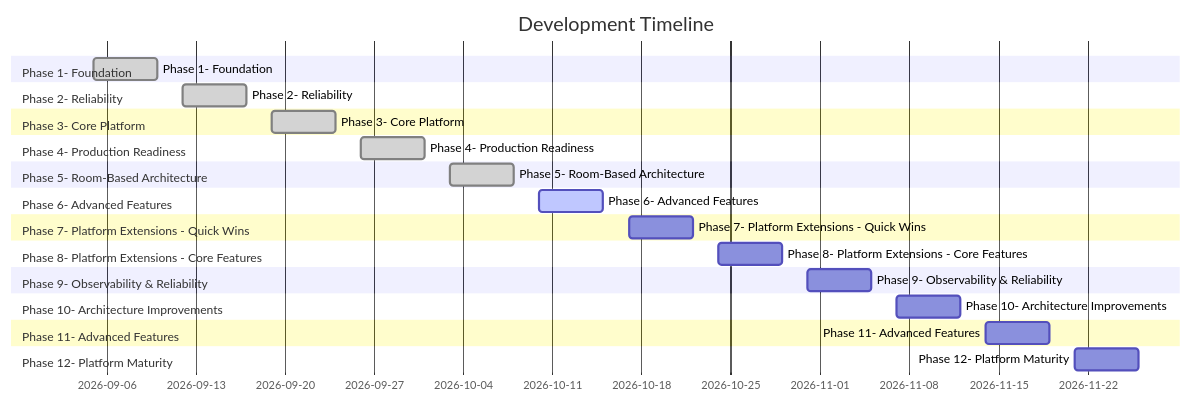
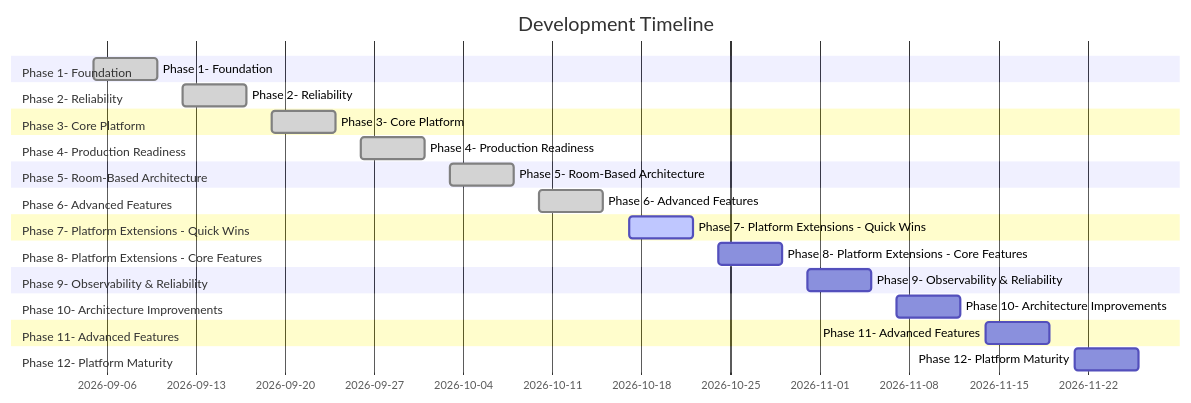
The diagram in ROADMAP.md (Alkamenos/smart-home-platform), drawn with Mermaid before and after one commit. The commit also changed other lines of this file and 3 other files, not shown here.

Commit message:
fix: update ai check, fix roadmap

````diff
--- a/ROADMAP.md
+++ b/ROADMAP.md
@@ -5,42 +5,42 @@
 ```mermaid
 gantt
     title Development Timeline
     dateFormat YYYY-MM-DD
 
     section Phase 1- Foundation
     Phase 1- Foundation :done, p1, 2026-09-05, 2026-09-10
 
     section Phase 2- Reliability
     Phase 2- Reliability :done, p2, 2026-09-12, 2026-09-17
 
     section Phase 3- Core Platform
     Phase 3- Core Platform :done, p3, 2026-09-19, 2026-09-24
 
     section Phase 4- Production Readiness
     Phase 4- Production Readiness :done, p4, 2026-09-26, 2026-10-01
 
     section Phase 5- Room-Based Architecture
     Phase 5- Room-Based Architecture :done, p5, 2026-10-03, 2026-10-08
 
     section Phase 6- Advanced Features
-    Phase 6- Advanced Features :active, p6, 2026-10-10, 2026-10-15
+    Phase 6- Advanced Features :done, p6, 2026-10-10, 2026-10-15
 
     section Phase 7- Platform Extensions - Quick Wins
-    Phase 7- Platform Extensions - Quick Wins :p7, 2026-10-17, 2026-10-22
+    Phase 7- Platform Extensions - Quick Wins :active, p7, 2026-10-17, 2026-10-22
 
     section Phase 8- Platform Extensions - Core Features
     Phase 8- Platform Extensions - Core Features :p8, 2026-10-24, 2026-10-29
 
     section Phase 9- Observability & Reliability
     Phase 9- Observability & Reliability :p9, 2026-10-31, 2026-11-05
 
     section Phase 10- Architecture Improvements
     Phase 10- Architecture Improvements :p10, 2026-11-07, 2026-11-12
 
     section Phase 11- Advanced Features
     Phase 11- Advanced Features :p11, 2026-11-14, 2026-11-19
 
     section Phase 12- Platform Maturity
     Phase 12- Platform Maturity :p12, 2026-11-21, 2026-11-26
 
 ```
````
